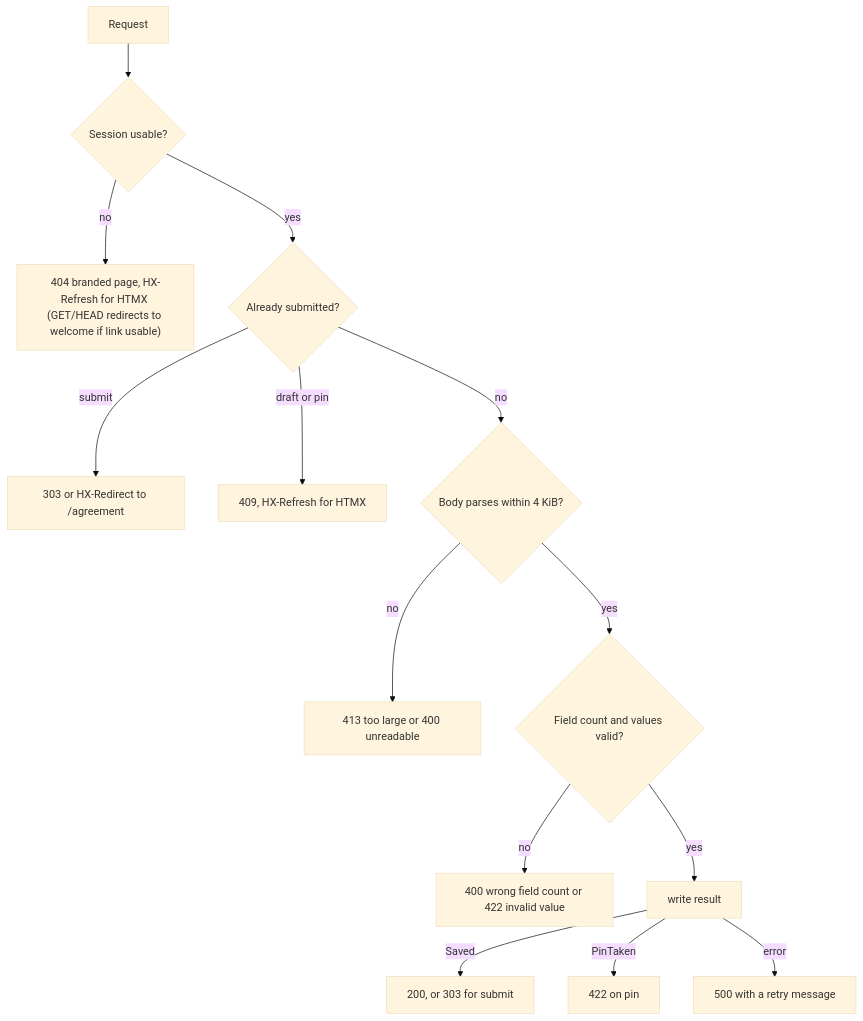
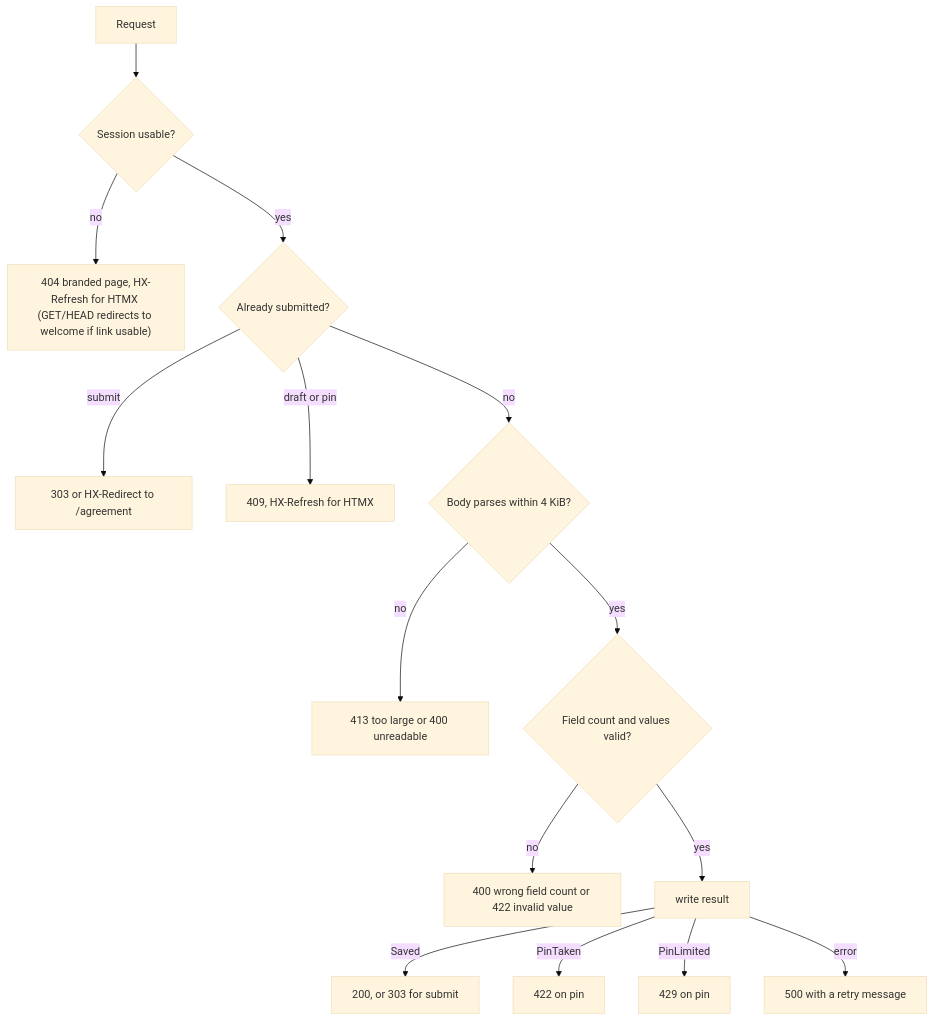
One commit to devGabriel131/ProjectHermes changed the second of 2 diagrams in docs/domain/customer-flow.md. Above: the diagram before and after it, drawn with Mermaid (base theme). The commit also changed other lines of this file and 97 other files, not shown here.

````diff
--- a/docs/domain/customer-flow.md
+++ b/docs/domain/customer-flow.md
@@ -82,16 +83,17 @@
 ```mermaid
 flowchart TD
     A["Request"] --> U{"Session usable?"}
     U -->|"no"| N["404 branded page, HX-Refresh for HTMX (GET/HEAD redirects to welcome if link usable)"]
     U -->|"yes"| S{"Already submitted?"}
     S -->|"submit"| ADV["303 or HX-Redirect to /agreement"]
     S -->|"draft or pin"| LK["409, HX-Refresh for HTMX"]
     S -->|"no"| B{"Body parses within 4 KiB?"}
     B -->|"no"| E1["413 too large or 400 unreadable"]
     B -->|"yes"| P{"Field count and values valid?"}
     P -->|"no"| E2["400 wrong field count or 422 invalid value"]
     P -->|"yes"| W["write result"]
     W -->|"Saved"| OK["200, or 303 for submit"]
     W -->|"PinTaken"| E3["422 on pin"]
+    W -->|"PinLimited"| E4["429 on pin"]
     W -->|"error"| E5["500 with a retry message"]
 ```
````
